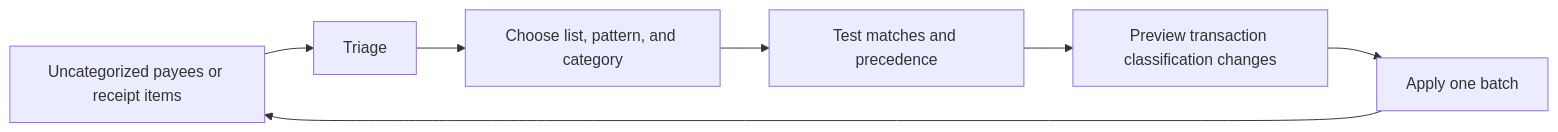
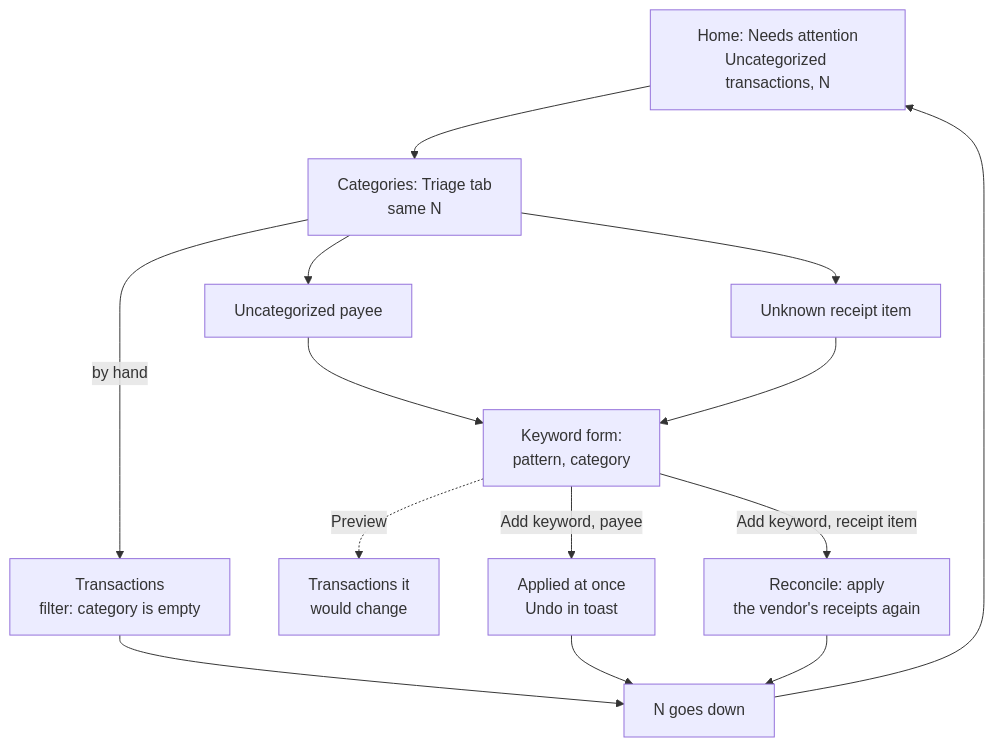
Before and after one commit to spinningyoyo/omsync: the diagram in docs/architecture/categories.md, drawn with Mermaid. The commit also changed other lines of this file and 94 other files, not shown here.

Commit message:
feat(web): share one page header, add Triage, and set categories by payee and payment method

````diff
--- a/docs/architecture/categories.md
+++ b/docs/architecture/categories.md
@@ -113,9 +149,16 @@
 ```mermaid
-flowchart LR
-    Unknown[Uncategorized payees or receipt items] --> Triage
-    Triage --> Keyword[Choose list, pattern, and category]
-    Keyword --> Test[Test matches and precedence]
-    Test --> Preview[Preview transaction classification changes]
-    Preview --> Apply[Apply one batch]
-    Apply --> Unknown
+flowchart TD
+    Home[Home: Needs attention<br/>Uncategorized transactions, N] --> Triage[Categories: Triage tab<br/>same N]
+    Triage -->|by hand| Register[Transactions<br/>filter: category is empty]
+    Triage --> Payee[Uncategorized payee]
+    Triage --> Item[Unknown receipt item]
+    Payee --> Form[Keyword form:<br/>pattern, category]
+    Item --> Form
+    Form -.->|Preview| Preview[Transactions it<br/>would change]
+    Form -->|Add keyword, payee| Apply[Applied at once<br/>Undo in toast]
+    Form -->|Add keyword, receipt item| Receipts[Reconcile: apply<br/>the vendor's receipts again]
+    Register --> Fewer[N goes down]
+    Apply --> Fewer
+    Receipts --> Fewer
+    Fewer --> Home
 ```
````
